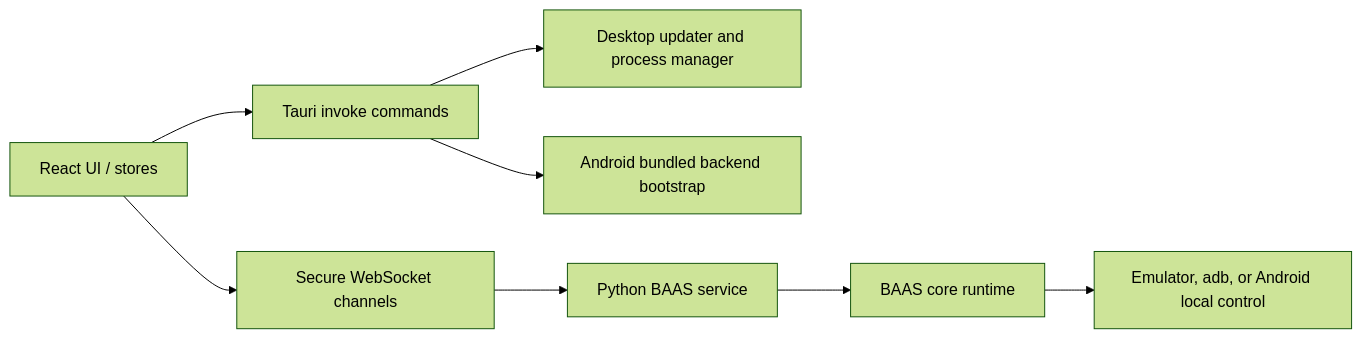
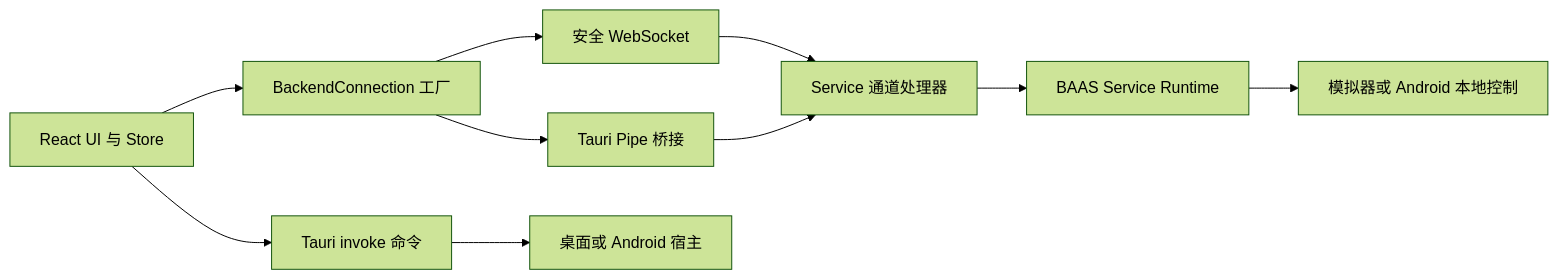
One commit to Kiramei/baas-tauri changed the diagram in docs/content/docs/zh/api/overview.mdx. Above: the diagram before and after it, drawn with Mermaid (forest theme). The commit also changed other lines of this file and 16 other files, not shown here.

````diff
--- a/docs/content/docs/zh/api/overview.mdx
+++ b/docs/content/docs/zh/api/overview.mdx
@@ -10,10 +10,12 @@
 ```mermaid
 flowchart LR
-  UI["React UI / stores"] --> Invoke["Tauri invoke commands"]
-  UI --> WS["Secure WebSocket channels"]
-  Invoke --> Desktop["Desktop updater and process manager"]
-  Invoke --> Android["Android bundled backend bootstrap"]
-  WS --> Service["Python BAAS service"]
-  Service --> Runtime["BAAS core runtime"]
-  Runtime --> Device["Emulator, adb, or Android local control"]
+  UI["React UI 与 Store"] --> IPC["Tauri invoke 命令"]
+  UI --> Factory["BackendConnection 工厂"]
+  Factory --> WS["安全 WebSocket"]
+  Factory --> Pipe["Tauri Pipe 桥接"]
+  IPC --> Host["桌面或 Android 宿主"]
+  WS --> Channels["Service 通道处理器"]
+  Pipe --> Channels
+  Channels --> Runtime["BAAS Service Runtime"]
+  Runtime --> Device["模拟器或 Android 本地控制"]
 ```
````
